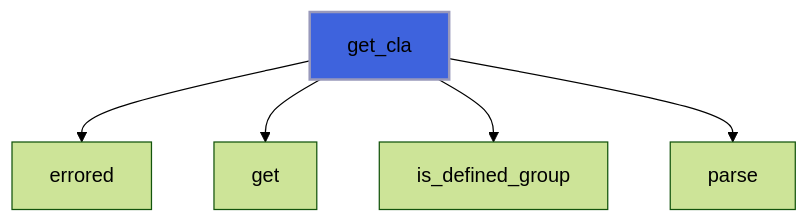
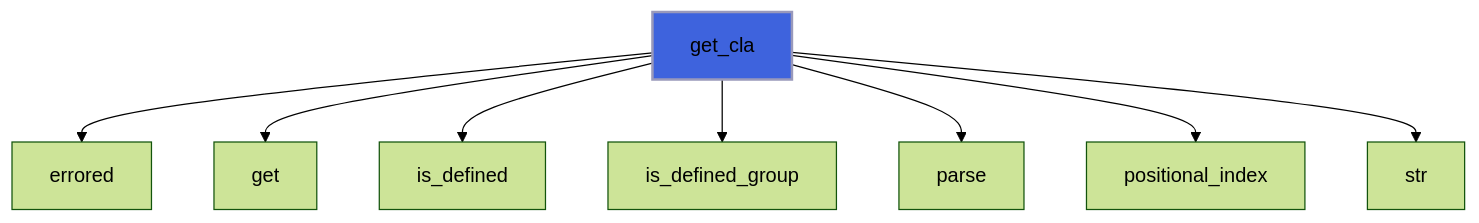
Before and after one commit to szaghi/FLAP: diagram 20 of 57 in docs/api/src/lib/flap_command_line_interface_t.md, drawn with Mermaid (forest theme). The commit also changed other lines of this file and 17 other files, not shown here.

````diff
--- a/docs/api/src/lib/flap_command_line_interface_t.md
+++ b/docs/api/src/lib/flap_command_line_interface_t.md
@@ -550,8 +823,11 @@
 ```mermaid
 flowchart TD
   get_cla["get_cla"] --> errored["errored"]
   get_cla["get_cla"] --> get["get"]
+  get_cla["get_cla"] --> is_defined["is_defined"]
   get_cla["get_cla"] --> is_defined_group["is_defined_group"]
   get_cla["get_cla"] --> parse["parse"]
+  get_cla["get_cla"] --> positional_index["positional_index"]
+  get_cla["get_cla"] --> str["str"]
   style get_cla fill:#3e63dd,stroke:#99b,stroke-width:2px
 ```
````
